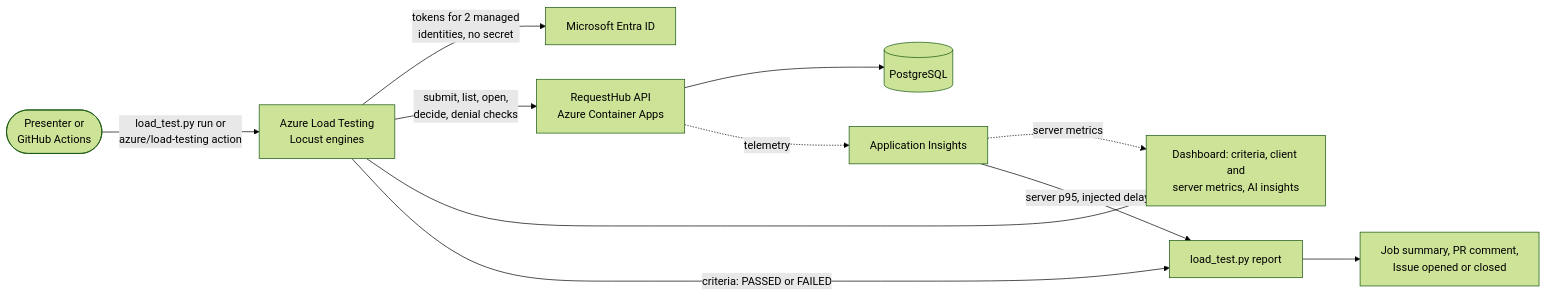
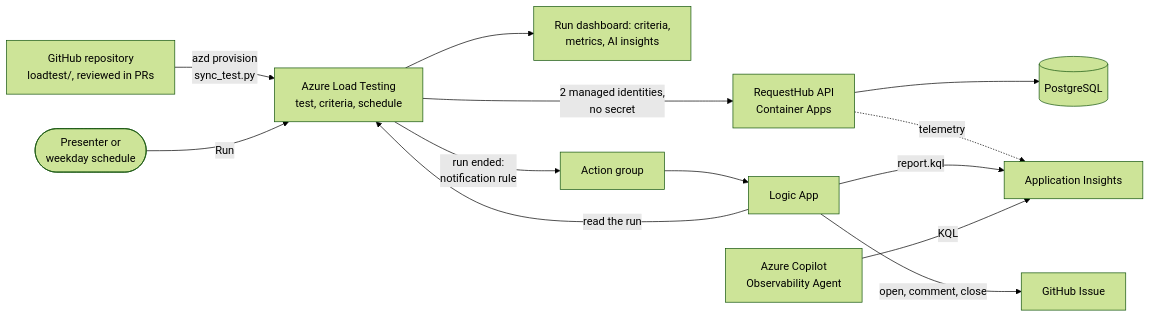
The diagram in solutions/04-test-microsoft/README.md (melabadi/adept-assessment-northstars), drawn with Mermaid (forest theme) before and after one commit. The commit also changed other lines of this file and 48 other files, not shown here.

First line of the commit message:
04-test-microsoft: Azure runs, judges, and reports the load test; GitHub keeps the code and the Issues

````diff
--- a/solutions/04-test-microsoft/README.md
+++ b/solutions/04-test-microsoft/README.md
@@ -23,13 +23,15 @@
 ```mermaid
 flowchart LR
-  who([Presenter or<br/>GitHub Actions]) -->|load_test.py run or<br/>azure/load-testing action| alt[Azure Load Testing<br/>Locust engines]
-  alt -->|tokens for 2 managed<br/>identities, no secret| entra[Microsoft Entra ID]
-  alt -->|submit, list, open,<br/>decide, denial checks| api[RequestHub API<br/>Azure Container Apps]
+  repo[GitHub repository<br/>loadtest/, reviewed in PRs] -->|azd provision<br/>sync_test.py| alt[Azure Load Testing<br/>test, criteria, schedule]
+  who([Presenter or<br/>weekday schedule]) -->|Run| alt
+  alt -->|2 managed identities,<br/>no secret| api[RequestHub API<br/>Container Apps]
   api --> db[(PostgreSQL)]
   api -. telemetry .-> appi[Application Insights]
-  alt --> dash[Dashboard: criteria, client and<br/>server metrics, AI insights]
-  appi -. server metrics .-> dash
-  alt -->|criteria: PASSED or FAILED| report[load_test.py report]
-  appi -->|server p95, injected delay| report
-  report --> gh[Job summary, PR comment,<br/>Issue opened or closed]
+  alt --> dash[Run dashboard: criteria,<br/>metrics, AI insights]
+  alt -->|run ended:<br/>notification rule| ag[Action group]
+  ag --> la[Logic App]
+  la -->|read the run| alt
+  la -->|report.kql| appi
+  la -->|open, comment, close| issue[GitHub Issue]
+  agent[Azure Copilot<br/>Observability Agent] -->|KQL| appi
 ```
````
